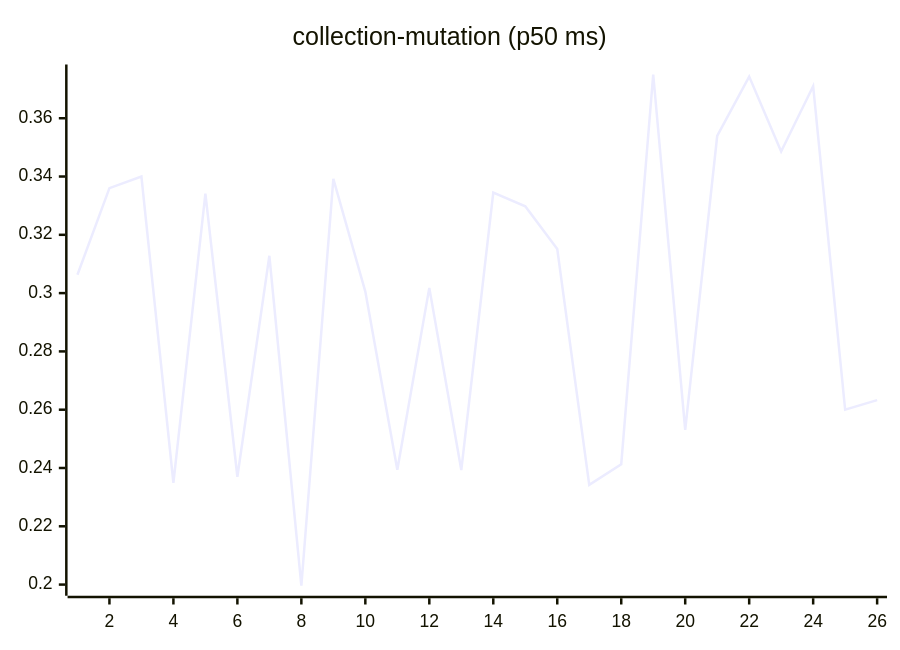
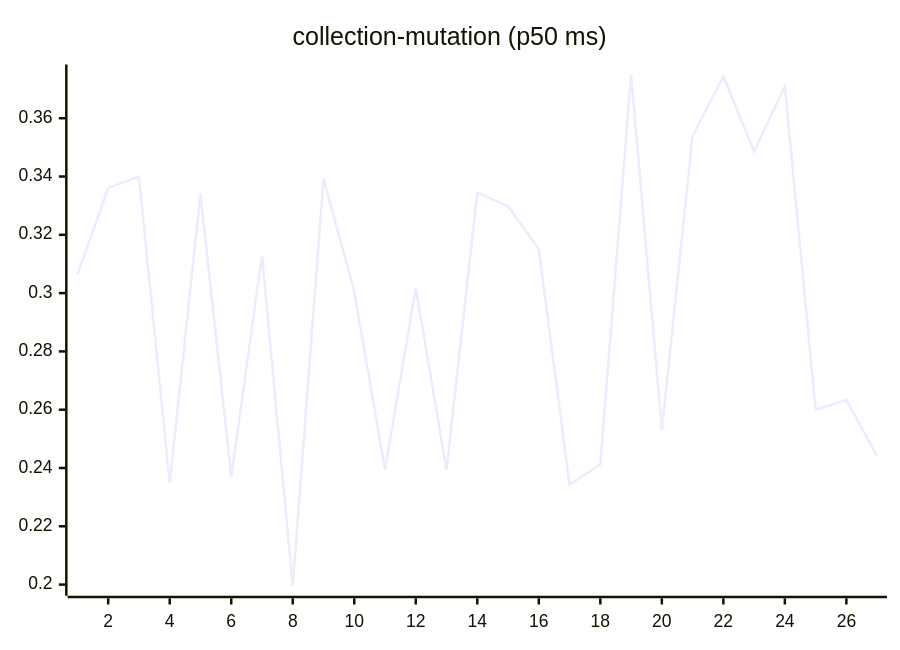
One commit to josha/Facet changed the sixth of 27 diagrams in README.md. Above: the diagram before and after it, drawn with Mermaid. The commit also changed other lines of this file and 2 other files, not shown here.

````diff
--- a/README.md
+++ b/README.md
@@ -98,6 +98,6 @@
 ```mermaid
 xychart-beta
     title "collection-mutation (p50 ms)"
-    x-axis 1 --> 26
-    line [0.3063, 0.3360, 0.3400, 0.2349, 0.3341, 0.2370, 0.3128, 0.1996, 0.3392, 0.3005, 0.2394, 0.3018, 0.2393, 0.3345, 0.3298, 0.3151, 0.2342, 0.2413, 0.3750, 0.2531, 0.3539, 0.3743, 0.3486, 0.3710, 0.2600, 0.2633]
+    x-axis 1 --> 27
+    line [0.3063, 0.3360, 0.3400, 0.2349, 0.3341, 0.2370, 0.3128, 0.1996, 0.3392, 0.3005, 0.2394, 0.3018, 0.2393, 0.3345, 0.3298, 0.3151, 0.2342, 0.2413, 0.3750, 0.2531, 0.3539, 0.3743, 0.3486, 0.3710, 0.2600, 0.2633, 0.2441]
 ```
````
